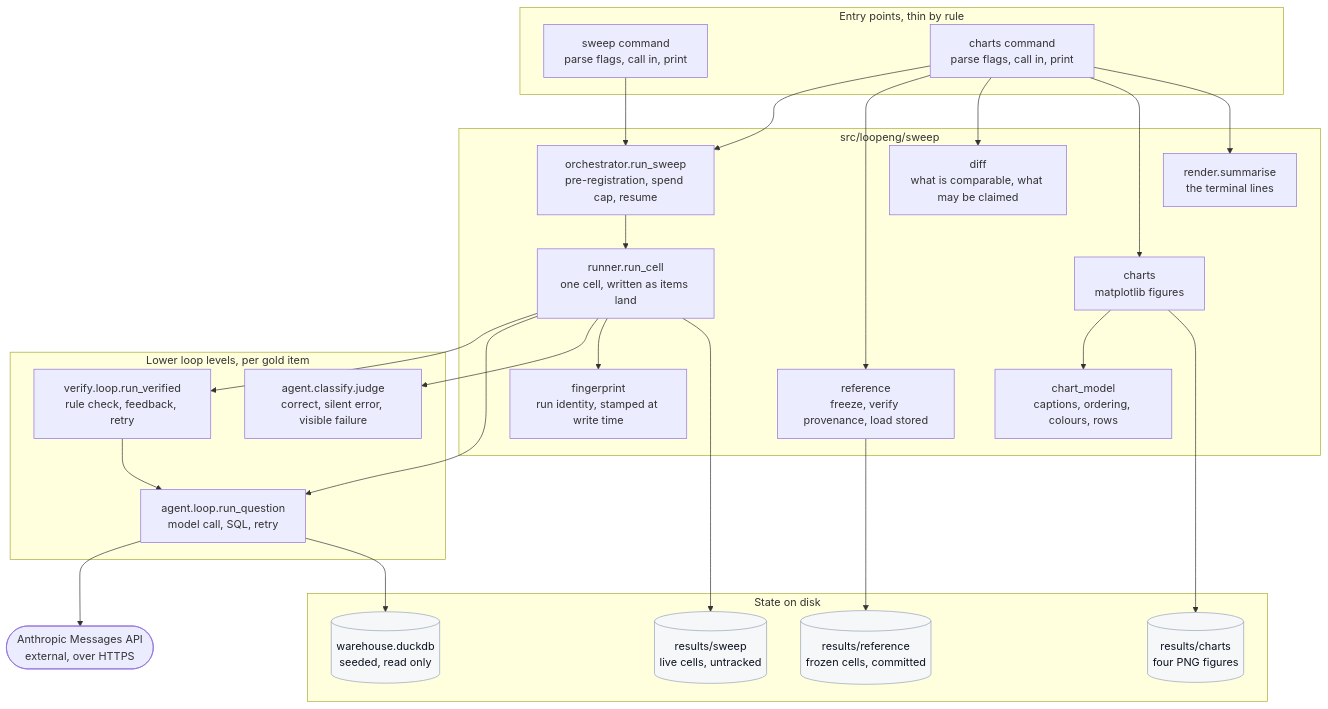
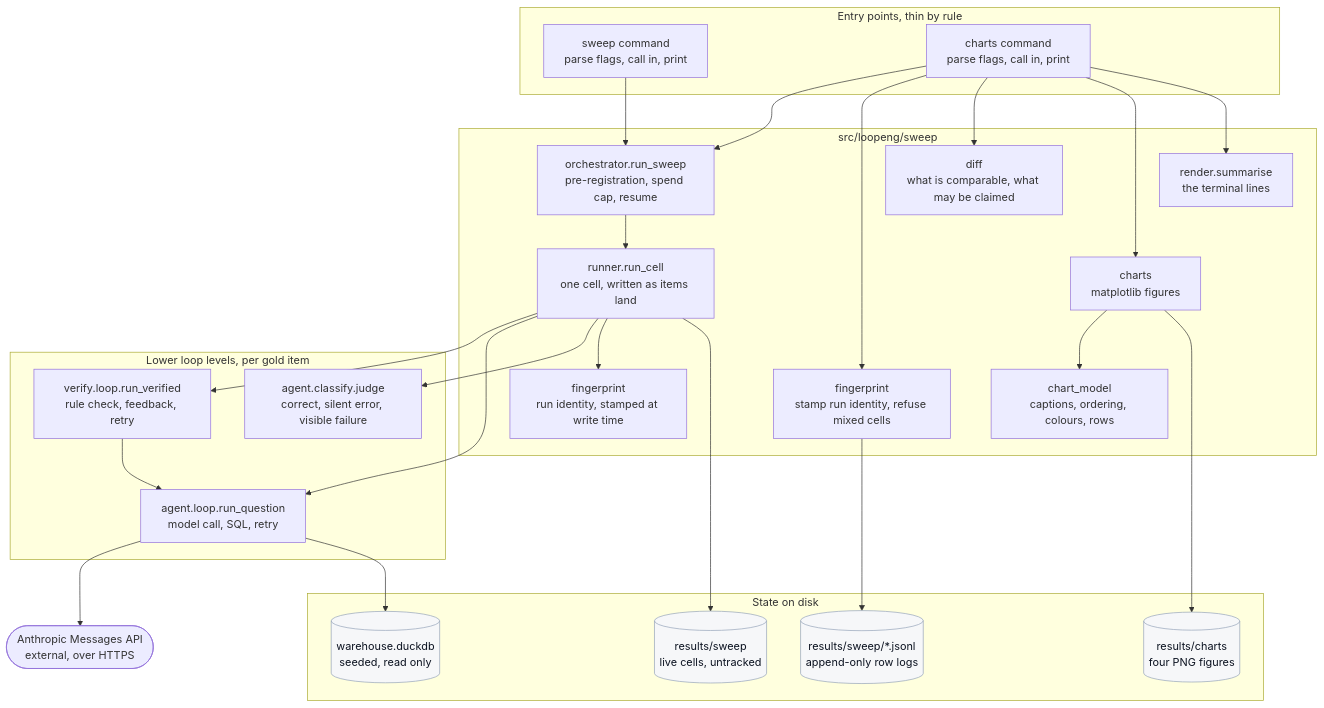
One commit to ANI-IN/loop-engineering changed the first of 2 diagrams in demos/04_hill_climbing_loop/ONBOARDING.md. Above: the diagram before and after it, drawn with Mermaid. The commit also changed other lines of this file and 10 other files, not shown here.

````diff
--- a/demos/04_hill_climbing_loop/ONBOARDING.md
+++ b/demos/04_hill_climbing_loop/ONBOARDING.md
@@ -207,56 +206,56 @@
 ```mermaid
 flowchart TB
     subgraph entry["Entry points, thin by rule"]
         SWEEP["sweep command<br/>parse flags, call in, print"]
         CHARTS["charts command<br/>parse flags, call in, print"]
     end
 
     subgraph core["src/loopeng/sweep"]
         ORCH["orchestrator.run_sweep<br/>pre-registration, spend cap, resume"]
         RUN["runner.run_cell<br/>one cell, written as items land"]
         FP["fingerprint<br/>run identity, stamped at write time"]
-        REF["reference<br/>freeze, verify provenance, load stored"]
+        REF["fingerprint<br/>stamp run identity, refuse mixed cells"]
         DIFF["diff<br/>what is comparable, what may be claimed"]
         CM["chart_model<br/>captions, ordering, colours, rows"]
         CH["charts<br/>matplotlib figures"]
         SUM["render.summarise<br/>the terminal lines"]
     end
 
     subgraph lower["Lower loop levels, per gold item"]
         VER["verify.loop.run_verified<br/>rule check, feedback, retry"]
         AGENT["agent.loop.run_question<br/>model call, SQL, retry"]
         JUDGE["agent.classify.judge<br/>correct, silent error, visible failure"]
     end
 
     subgraph disk["State on disk"]
         CELLS[("results/sweep<br/>live cells, untracked")]
-        STORED[("results/reference<br/>frozen cells, committed")]
+        STORED[("results/sweep/*.jsonl<br/>append-only row logs")]
         WH[("warehouse.duckdb<br/>seeded, read only")]
         PNG[("results/charts<br/>four PNG figures")]
     end
 
     API(["Anthropic Messages API<br/>external, over HTTPS"])
 
     SWEEP --> ORCH
     ORCH --> RUN
     RUN --> VER
     RUN --> AGENT
     VER --> AGENT
     RUN --> JUDGE
     AGENT --> API
     AGENT --> WH
     RUN --> FP
     RUN --> CELLS
 
     CHARTS --> ORCH
     CHARTS --> REF
     REF --> STORED
     CHARTS --> DIFF
     CHARTS --> CH
     CH --> CM
     CH --> PNG
     CHARTS --> SUM
 
     classDef store fill:#f6f7f9,stroke:#94a3b8,color:#0b1220;
     class CELLS,STORED,WH,PNG store;
 ```
````
